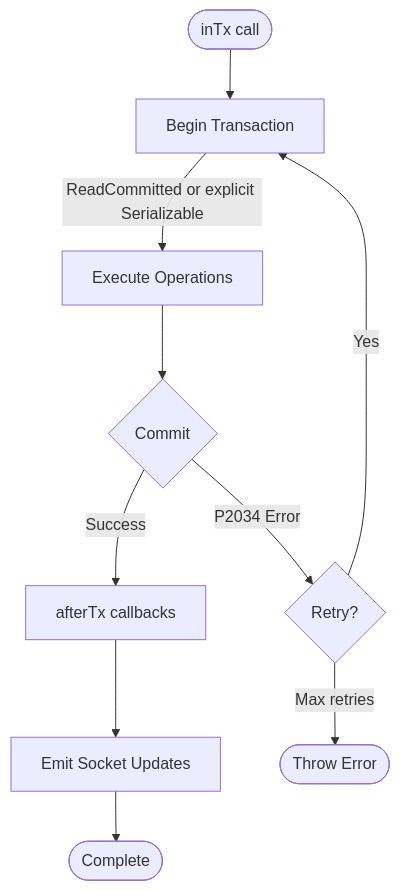
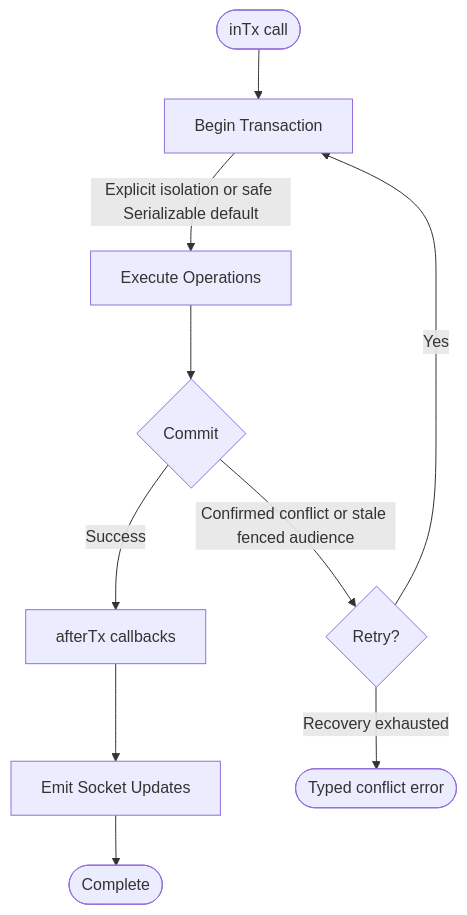
Before and after one commit to ATCBK/happier: the seventh of 8 diagrams in docs/backend-architecture.md, drawn with Mermaid. The commit also changed other lines of this file and 12 other files, not shown here.

First line of the commit message:
wip(architecture-docs): checkpoint architecture docs work

````diff
--- a/docs/backend-architecture.md
+++ b/docs/backend-architecture.md
@@ -338,14 +338,14 @@
 ```mermaid
 flowchart TD
     Start([inTx call]) --> Begin[Begin Transaction]
-    Begin --> |ReadCommitted or explicit Serializable| Exec[Execute Operations]
+    Begin --> |Explicit isolation or safe Serializable default| Exec[Execute Operations]
     Exec --> Commit{Commit}
 
     Commit --> |Success| After[afterTx callbacks]
     After --> Emit[Emit Socket Updates]
     Emit --> Done([Complete])
 
-    Commit --> |P2034 Error| Retry{Retry?}
+    Commit --> |Confirmed conflict or stale fenced audience| Retry{Retry?}
     Retry --> |Yes| Begin
-    Retry --> |Max retries| Fail([Throw Error])
+    Retry --> |Recovery exhausted| Fail([Typed conflict error])
 ```
````
